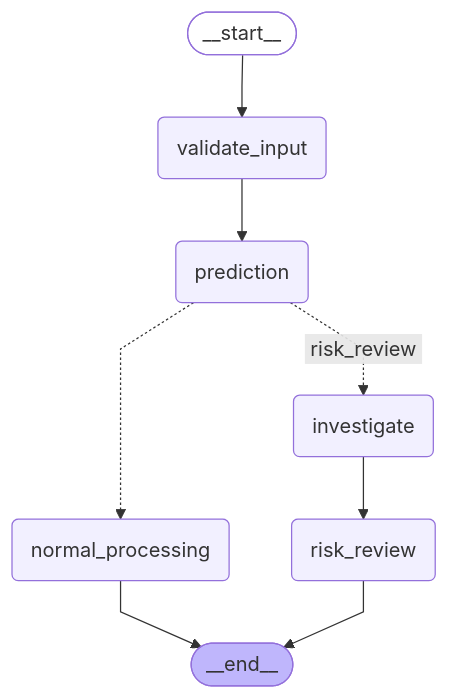
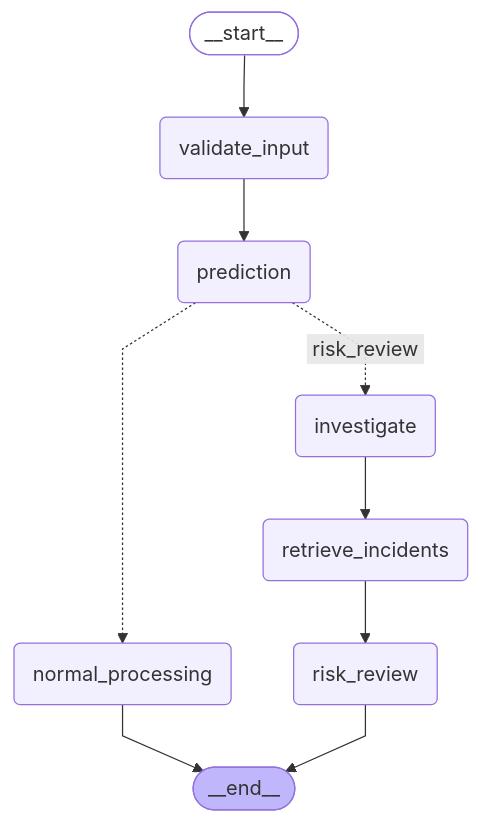
The diagram in docs/langgraph_workflow.md (AimanManzoor/agentops-intelligence-lab), drawn with Mermaid before and after one commit. The commit also changed 6 other files, not shown here.

````diff
--- a/docs/langgraph_workflow.md
+++ b/docs/langgraph_workflow.md
@@ -3,26 +3,28 @@
 ```mermaid
 ---
 config:
   flowchart:
     curve: linear
 ---
 graph TD;
 	__start__([<p>__start__</p>]):::first
 	validate_input(validate_input)
 	prediction(prediction)
 	investigate(investigate)
+	retrieve_incidents(retrieve_incidents)
 	risk_review(risk_review)
 	normal_processing(normal_processing)
 	__end__([<p>__end__</p>]):::last
 	__start__ --> validate_input;
-	investigate --> risk_review;
+	investigate --> retrieve_incidents;
 	prediction -. &nbsp;risk_review&nbsp; .-> investigate;
 	prediction -.-> normal_processing;
+	retrieve_incidents --> risk_review;
 	validate_input --> prediction;
 	normal_processing --> __end__;
 	risk_review --> __end__;
 	classDef default fill:#f2f0ff,line-height:1.2
 	classDef first fill-opacity:0
 	classDef last fill:#bfb6fc
 
 ```
````
